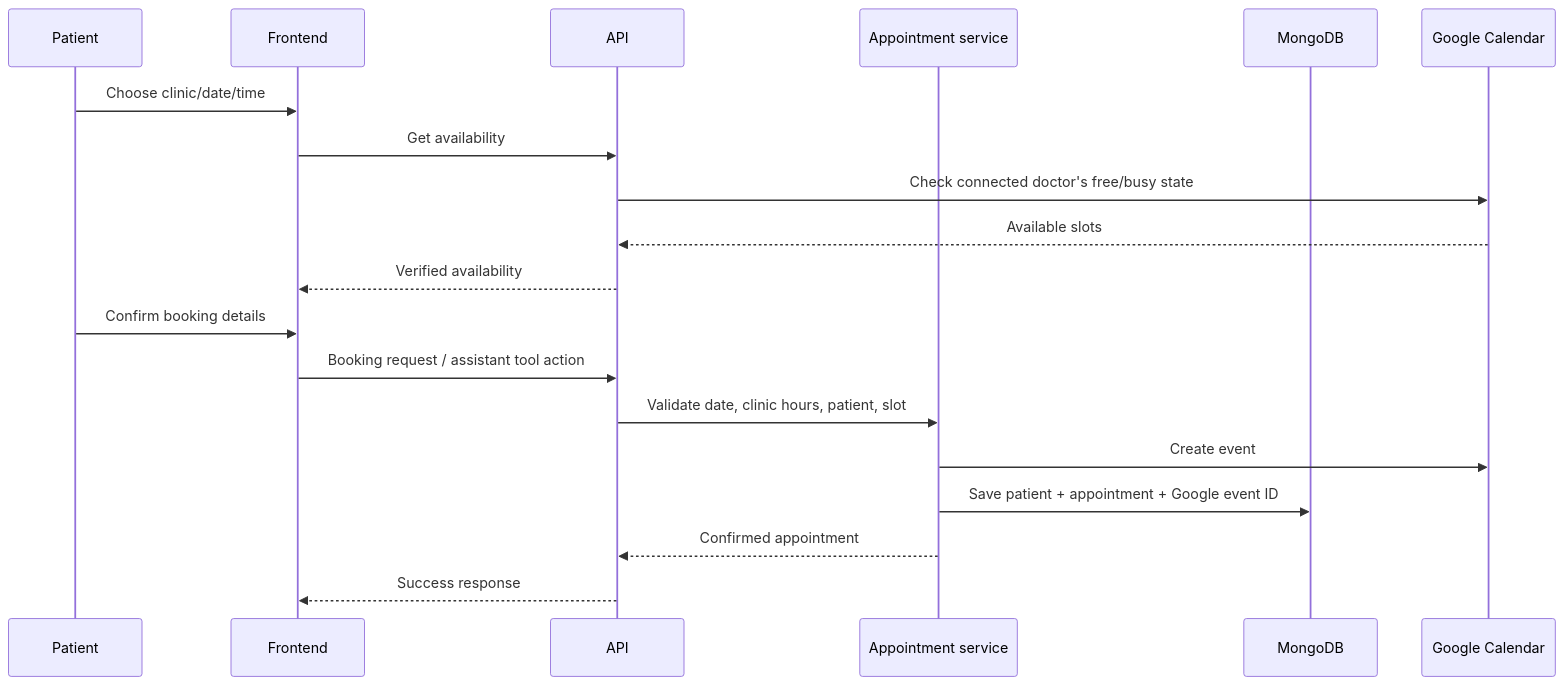
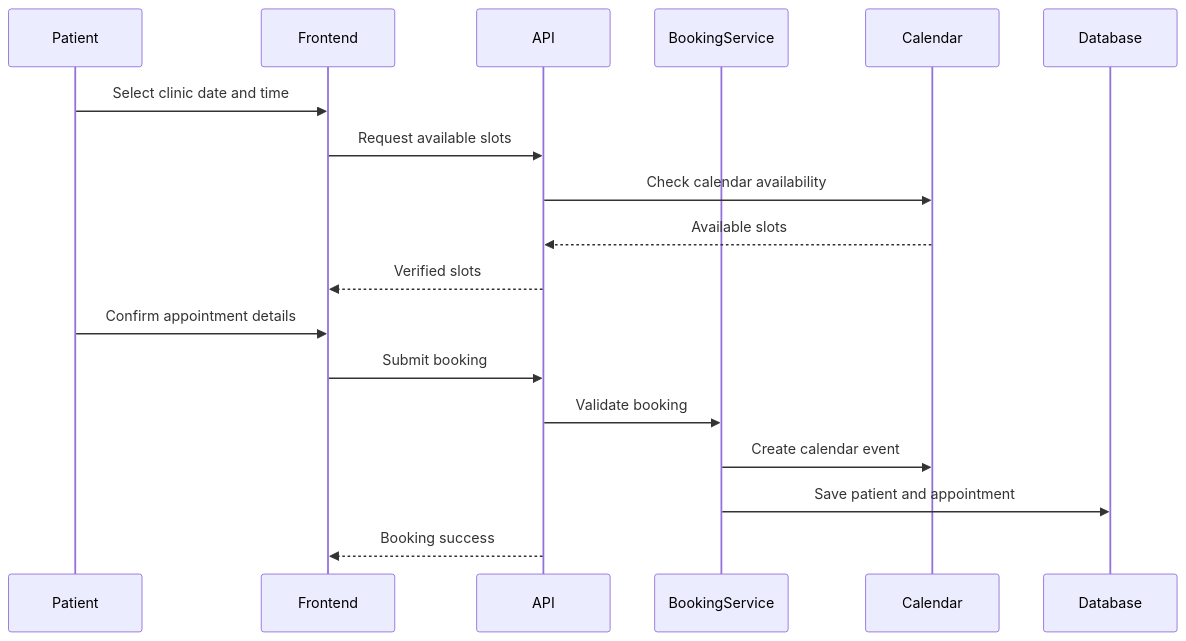
One commit to sumitsingh24k/Doctor_AI_Platform changed the fifth of 11 diagrams in SYSTEM_ARCHITECTURE.md. Above: the diagram before and after it, drawn with Mermaid. The commit also changed other lines of this file and 2 other files, not shown here.

Commit message:
system architecture & project flow add

````diff
--- a/SYSTEM_ARCHITECTURE.md
+++ b/SYSTEM_ARCHITECTURE.md
@@ -147,22 +84,20 @@
 ```mermaid
 sequenceDiagram
-  participant Patient
-  participant UI as Frontend
-  participant API
-  participant Tool as Appointment service
-  participant DB as MongoDB
-  participant GCal as Google Calendar
-
-  Patient->>UI: Choose clinic/date/time
-  UI->>API: Get availability
-  API->>GCal: Check connected doctor's free/busy state
-  GCal-->>API: Available slots
-  API-->>UI: Verified availability
-  Patient->>UI: Confirm booking details
-  UI->>API: Booking request / assistant tool action
-  API->>Tool: Validate date, clinic hours, patient, slot
-  Tool->>GCal: Create event
-  Tool->>DB: Save patient + appointment + Google event ID
-  Tool-->>API: Confirmed appointment
-  API-->>UI: Success response
+    participant Patient
+    participant Frontend
+    participant API
+    participant BookingService
+    participant Calendar
+    participant Database
+    Patient->>Frontend: Select clinic date and time
+    Frontend->>API: Request available slots
+    API->>Calendar: Check calendar availability
+    Calendar-->>API: Available slots
+    API-->>Frontend: Verified slots
+    Patient->>Frontend: Confirm appointment details
+    Frontend->>API: Submit booking
+    API->>BookingService: Validate booking
+    BookingService->>Calendar: Create calendar event
+    BookingService->>Database: Save patient and appointment
+    API-->>Frontend: Booking success
 ```
````
